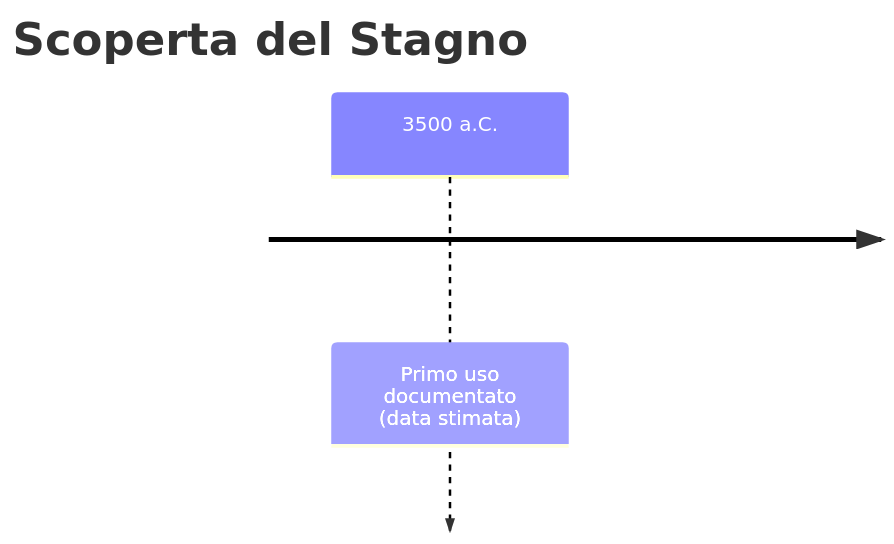
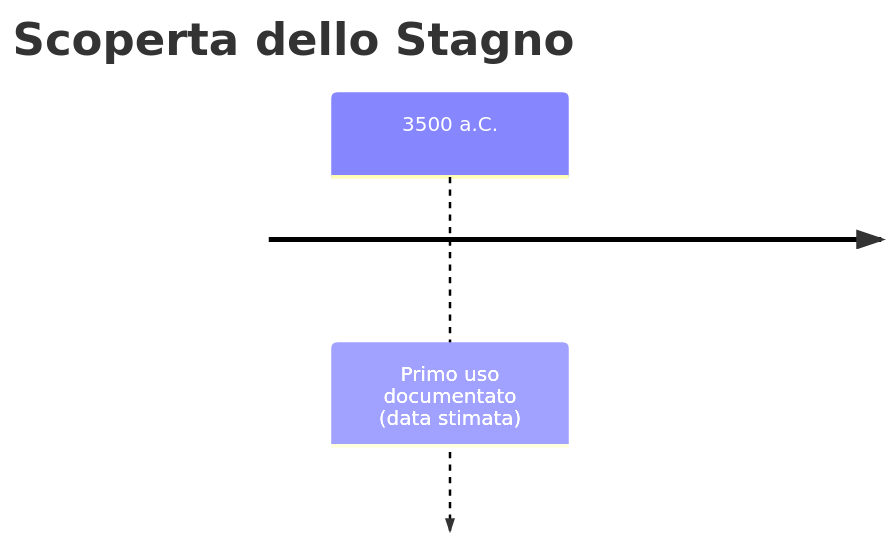
The first of 3 diagrams in vault/Elementi/Stagno.md (gianlucaciarcelluti/elements-caos), drawn with Mermaid before and after one commit. The commit also changed other lines of this file and 14 other files, not shown here.

````diff
--- a/vault/Elementi/Stagno.md
+++ b/vault/Elementi/Stagno.md
@@ -28,5 +28,5 @@
 ```mermaid
 timeline
-    title Scoperta del Stagno
+    title Scoperta dello Stagno
     3500 a.C. : Primo uso documentato (data stimata)
 ```
````
